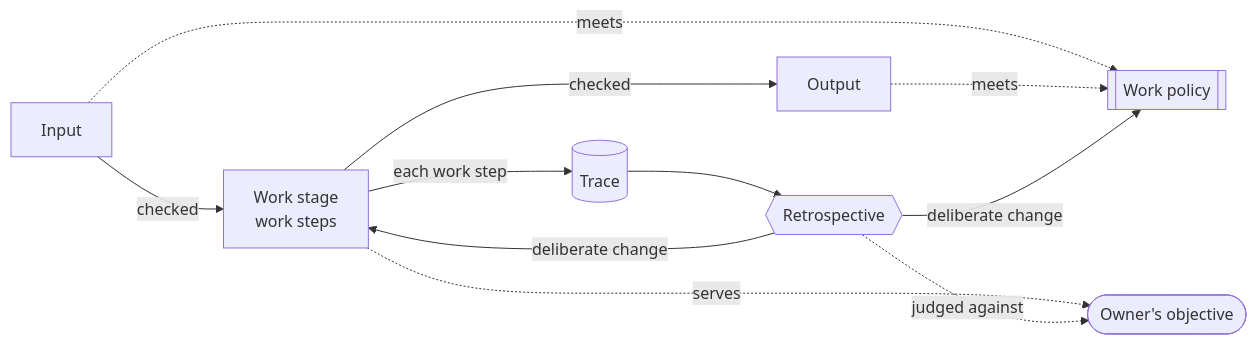
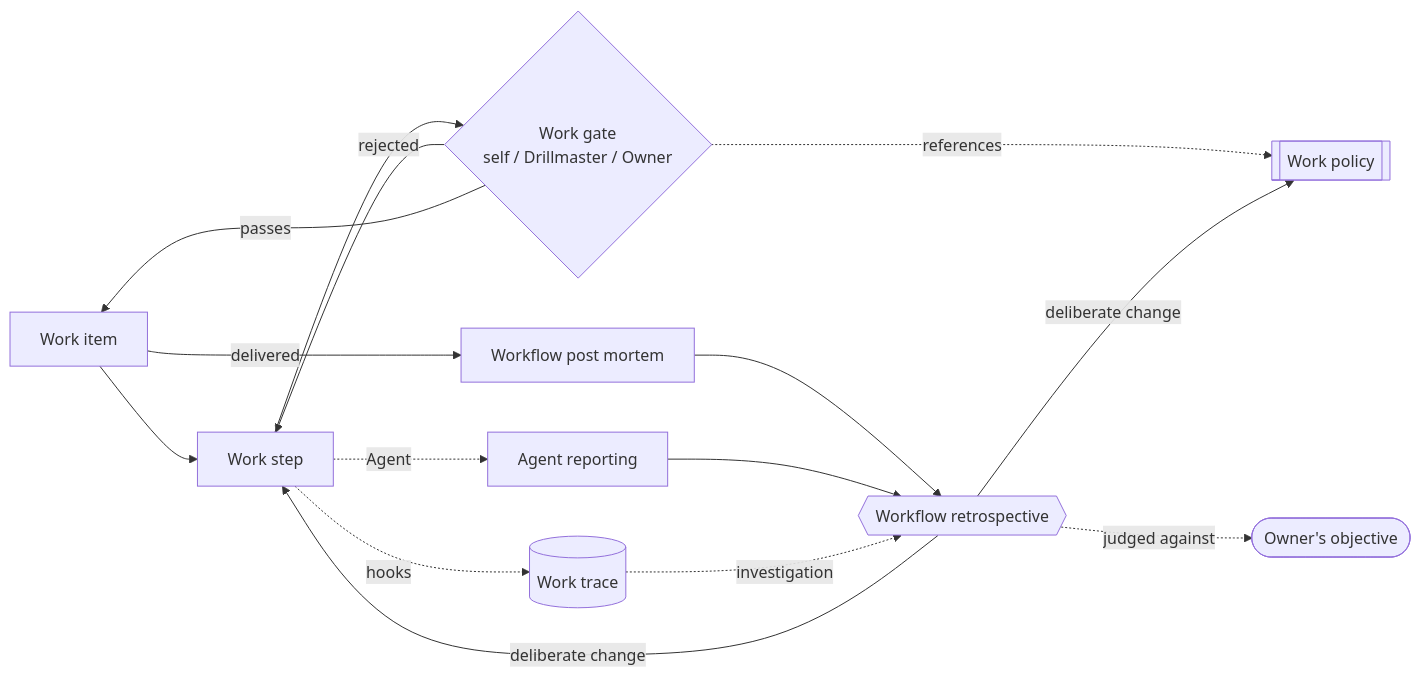
The diagram in concept.md (Delkrak/claude-devops-drillmaster), drawn with Mermaid before and after one commit. The commit also changed other lines of this file, not shown here.

Commit message:
docs(concept): workflow, work step, workflow post mortem, retrospective and experiment; no concept bleeding

````diff
--- a/concept.md
+++ b/concept.md
@@ -135,20 +170,26 @@
 ```mermaid
 flowchart LR
     obj(["Owner's objective"])
+    item["Work item"]
+    step["Work step"]
+    gate{"Work gate<br/>self / Drillmaster / Owner"}
     pol[["Work policy"]]
-    input["Input"]
-    proc["Work stage<br/>work steps"]
-    output["Output"]
-    cap[("Trace")]
-    retro{{"Retrospective"}}
+    trace[("Work trace")]
+    rep["Agent reporting"]
+    pm["Workflow post mortem"]
+    retro{{"Workflow retrospective"}}
 
-    input -->|checked| proc -->|checked| output
-    input -. meets .-> pol
-    output -. meets .-> pol
-    proc -->|each work step| cap
-    cap --> retro
-    retro -->|deliberate change| proc
+    item --> step --> gate
+    gate -->|rejected| step
+    gate -->|passes| item
+    gate -. references .-> pol
+    step -. hooks .-> trace
+    step -. Agent .-> rep
+    item -->|delivered| pm
+    pm --> retro
+    rep --> retro
+    trace -. investigation .-> retro
+    retro -->|deliberate change| step
     retro -->|deliberate change| pol
-    proc -. serves .-> obj
     retro -. judged against .-> obj
 ```
````
